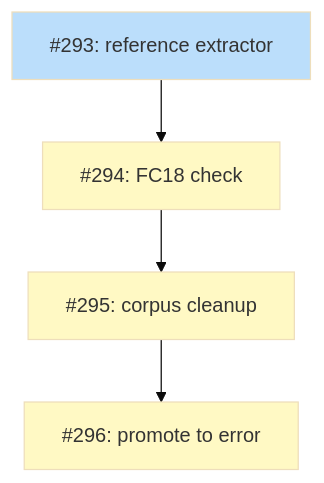
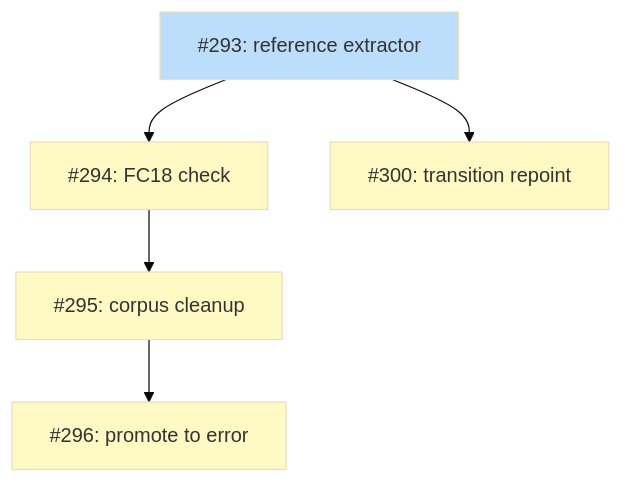
The diagram in docs/plans/PLAN-prose-reference-staleness.md (tsukumogami/shirabe), drawn with Mermaid (base theme) before and after one commit. The commit also changed other lines of this file and 3 other files, not shown here.

````diff
--- a/docs/plans/PLAN-prose-reference-staleness.md
+++ b/docs/plans/PLAN-prose-reference-staleness.md
@@ -80,18 +98,20 @@
 ```mermaid
 graph TD
   I293["#293: reference extractor"]
   I294["#294: FC18 check"]
+  I300["#300: transition repoint"]
   I295["#295: corpus cleanup"]
   I296["#296: promote to error"]
 
   I293 --> I294
+  I293 --> I300
   I294 --> I295
   I295 --> I296
 
   classDef done fill:#c8e6c9
   classDef ready fill:#bbdefb
   classDef blocked fill:#fff9c4
 
   class I293 ready
-  class I294,I295,I296 blocked
+  class I294,I300,I295,I296 blocked
 ```
````
